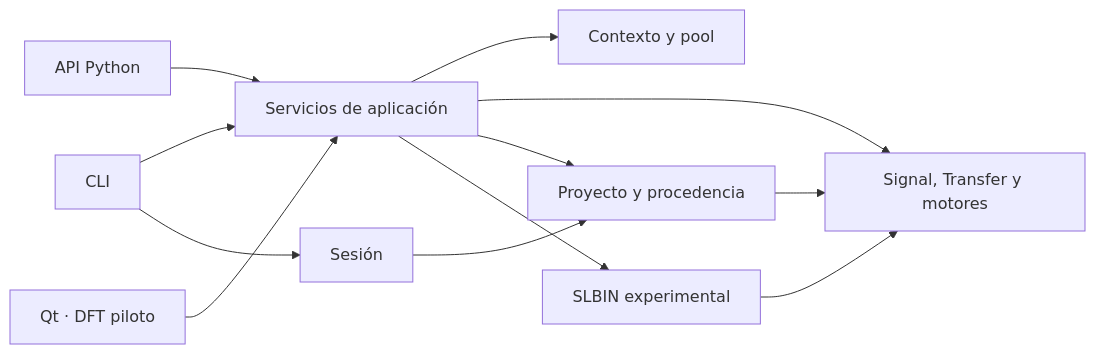
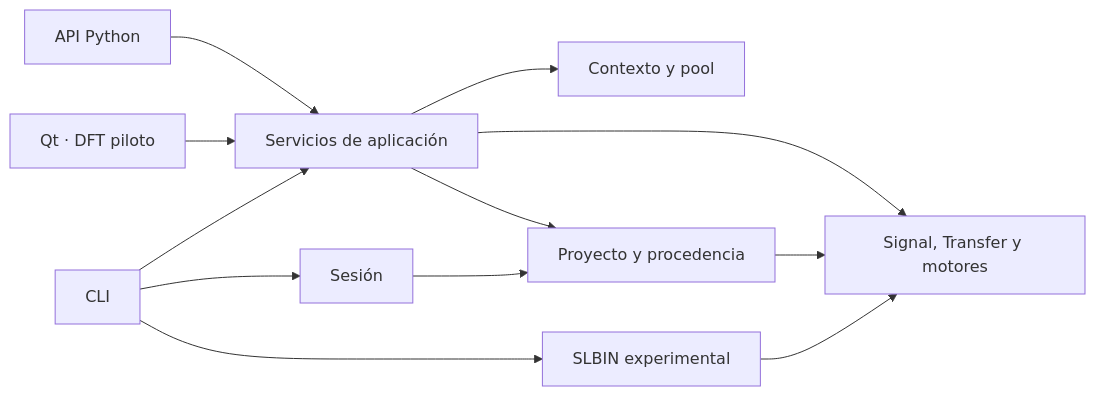
Before and after one commit to Tincho1286/SignalLab-PC: the diagram in docs/engineering/phase_02c/architecture/DEPENDENCY_GRAPH_REVIEW.md, drawn with Mermaid. The commit also changed 46 other files, not shown here.

````diff
--- a/docs/engineering/phase_02c/architecture/DEPENDENCY_GRAPH_REVIEW.md
+++ b/docs/engineering/phase_02c/architecture/DEPENDENCY_GRAPH_REVIEW.md
@@ -3,14 +3,14 @@
 ```mermaid
 flowchart LR
     CLI[CLI] --> Apps[Servicios de aplicación]
     Python[API Python] --> Apps
     Qt[Qt · DFT piloto] --> Apps
     Apps --> Exec[Contexto y pool]
     Apps --> Domain[Signal, Transfer y motores]
     Apps --> Project[Proyecto y procedencia]
     CLI --> Session[Sesión]
     Session --> Project
     Project --> Domain
-    Apps --> Binary[SLBIN experimental]
+    CLI --> Binary[SLBIN experimental]
     Binary --> Domain
 ```
````
